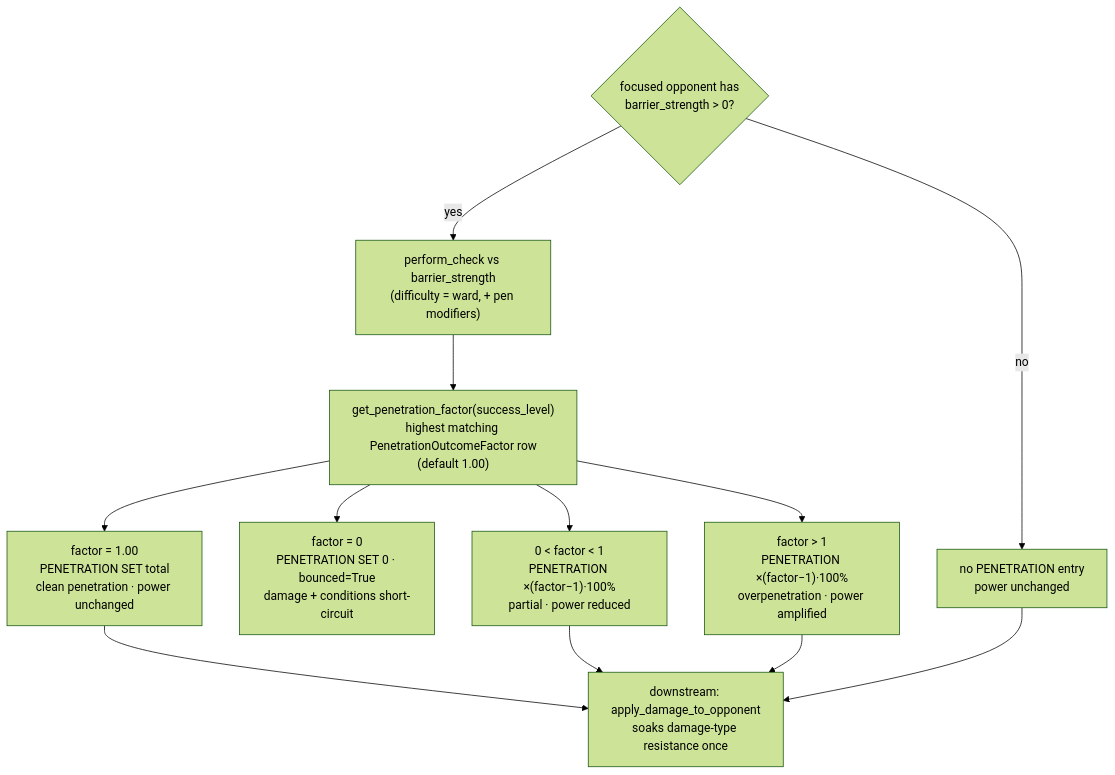
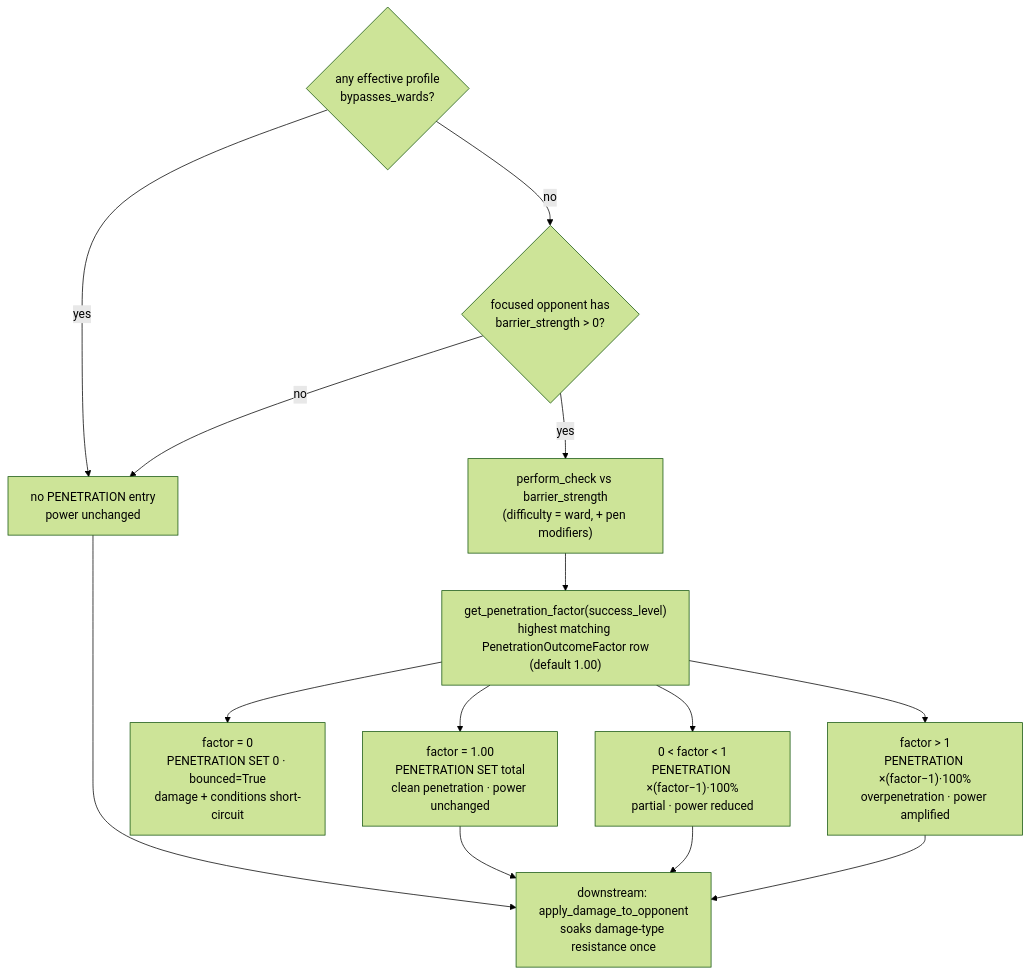
The second of 2 diagrams in docs/architecture/power-derivation.md (Arx-Game/arxii), drawn with Mermaid (forest theme) before and after one commit. The commit also changed other lines of this file and 10 other files, not shown here.

````diff
--- a/docs/architecture/power-derivation.md
+++ b/docs/architecture/power-derivation.md
@@ -167,15 +168,18 @@
 ```mermaid
 flowchart TD
+    BYPASS{"any effective profile<br/>bypasses_wards?"}
+    BYPASS -- yes --> NOPEN
+    BYPASS -- no --> START
     START{"focused opponent has<br/>barrier_strength &gt; 0?"}
     START -- no --> NOPEN["no PENETRATION entry<br/>power unchanged"]
     START -- yes --> CHECK["perform_check vs barrier_strength<br/>(difficulty = ward, + pen modifiers)"]
     CHECK --> FACTOR["get_penetration_factor(success_level)<br/>highest matching PenetrationOutcomeFactor row<br/>(default 1.00)"]
     FACTOR --> F0["factor = 0<br/>PENETRATION SET 0 · bounced=True<br/>damage + conditions short-circuit"]
     FACTOR --> F1["factor = 1.00<br/>PENETRATION SET total<br/>clean penetration · power unchanged"]
     FACTOR --> FP["0 &lt; factor &lt; 1<br/>PENETRATION ×(factor−1)·100%<br/>partial · power reduced"]
     FACTOR --> FO["factor &gt; 1<br/>PENETRATION ×(factor−1)·100%<br/>overpenetration · power amplified"]
     F1 --> SOAK["downstream: apply_damage_to_opponent<br/>soaks damage-type resistance once"]
     FP --> SOAK
     FO --> SOAK
     NOPEN --> SOAK
 ```
````
